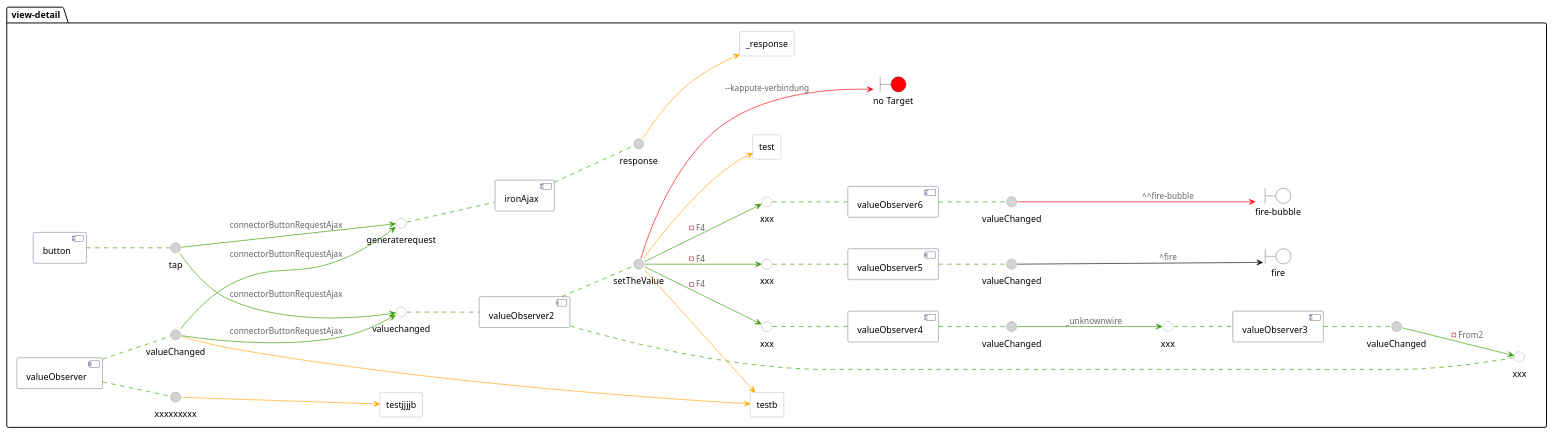
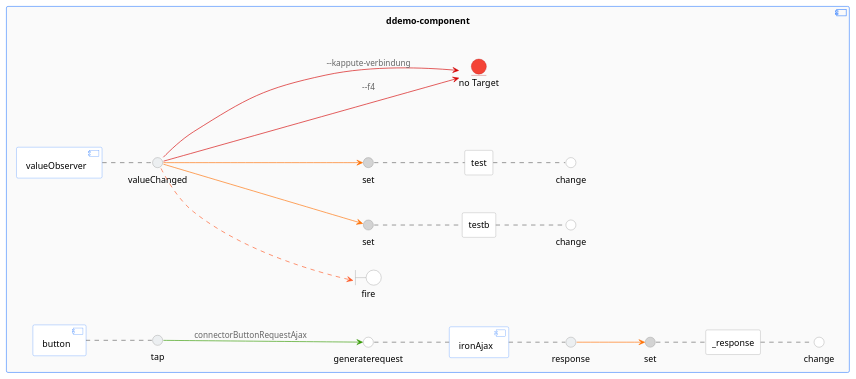
Before and after one commit to veith/flowbased-polymer: the diagram in demo.puml, drawn with PlantUML. The commit also changed 5 other files, not shown here.

```diff
--- a/demo.puml
+++ b/demo.puml
@@ -1,89 +1,62 @@
 @startuml
 left to right direction
+
  skinparam interface {
 backgroundColor lightgrey
 borderColor grey
 }
+skinparam boundary {
+backgroundColor lightgrey
+borderColor grey
+}
+skinparam entity {
+backgroundColor #f44336
+borderColor #b71c1c
+}
 skinparam component {
 ArrowColor #339900
 ArrowFontColor #666666
-borderColor #222255
+borderColor #448AFF
 }
 skinparam agent {
 ArrowFontColor #666666
 borderColor #999999
 }
-
-
-
-folder " view-detail " as root{
+component "ddemo-component" #FAFAFA{
 agent _response as valueelement_response #white
+interface set as interfaceValueelement_responseSet
+interface change as interfaceValueelement_responseChange #white
+interfaceValueelement_responseSet .. valueelement_response #616161
+valueelement_response .. interfaceValueelement_responseChange #616161
 component ironAjax #white
-agent testjjjjb as valueelementtestjjjjb #white
+boundary "fire" as fireFire #white
 component valueObserver #white
 agent testb as valueelementtestb #white
-component valueObserver2 #white
+interface set as interfaceValueelementtestbSet
+interface change as interfaceValueelementtestbChange #white
+interfaceValueelementtestbSet .. valueelementtestb #616161
+valueelementtestb .. interfaceValueelementtestbChange #616161
 agent test as valueelementtest #white
+interface set as interfaceValueelementtestSet
+interface change as interfaceValueelementtestChange #white
+interfaceValueelementtestSet .. valueelementtest #616161
+valueelementtest .. interfaceValueelementtestChange #616161
 component button #white
-component valueObserver4 #white
-component valueObserver5 #white
-component valueObserver6 #white
-component valueObserver3 #white
-boundary fire as fire #white
-boundary "fire-bubble" as fireBubble #white
-boundary "no Target" as XXXXXnirvanaXXXXX #red
-
 interface generaterequest as interfaceGeneraterequestironAjax  #white
-interfaceGeneraterequestironAjax .. ironAjax
-interface valuechanged as interfaceValuechangedvalueObserver2  #white
-interfaceValuechangedvalueObserver2 .. valueObserver2
-interface xxx as interfaceXxxvalueObserver4  #white
-interfaceXxxvalueObserver4 .. valueObserver4
-interface xxx as interfaceXxxvalueObserver5  #white
-interfaceXxxvalueObserver5 .. valueObserver5
-interface xxx as interfaceXxxvalueObserver6  #white
-interfaceXxxvalueObserver6 .. valueObserver6
-interface xxx as interfaceXxxvalueObserver2  #white
-interfaceXxxvalueObserver2 .. valueObserver2
-interface xxx as interfaceXxxvalueObserver3  #white
-interfaceXxxvalueObserver3 .. valueObserver3
-interface response as interfaceResponseironAjax #lightgray
-ironAjax .. interfaceResponseironAjax
-interfaceResponseironAjax --> valueelement_response #orange
-interface xxxxxxxxx as interfaceXxxxxxxxxvalueObserver #lightgray
-valueObserver .. interfaceXxxxxxxxxvalueObserver
-interfaceXxxxxxxxxvalueObserver --> valueelementtestjjjjb #orange
-interface valueChanged as interfaceValueChangedvalueObserver #lightgray
-valueObserver .. interfaceValueChangedvalueObserver
-interfaceValueChangedvalueObserver --> valueelementtestb #orange
-interface setTheValue as interfaceSetTheValuevalueObserver2 #lightgray
-valueObserver2 .. interfaceSetTheValuevalueObserver2
-interfaceSetTheValuevalueObserver2 --> valueelementtestb #orange
-interfaceSetTheValuevalueObserver2 --> valueelementtest #orange
-interface tap as interfaceTapbutton #lightgray
-button .. interfaceTapbutton
-
-interfaceSetTheValuevalueObserver2 --->  XXXXXnirvanaXXXXX  #red :--kappute-verbindung
-interface valueChanged as interfaceValueChangedvalueObserver3 #lightgray
-valueObserver3 .. interfaceValueChangedvalueObserver3
-interface valueChanged as interfaceValueChangedvalueObserver4 #lightgray
-valueObserver4 .. interfaceValueChangedvalueObserver4
-interface valueChanged as interfaceValueChangedvalueObserver5 #lightgray
-valueObserver5 .. interfaceValueChangedvalueObserver5
-interfaceValueChangedvalueObserver5  ---> fire   #black :^fire
-interface valueChanged as interfaceValueChangedvalueObserver6 #lightgray
-valueObserver6 .. interfaceValueChangedvalueObserver6
-interfaceValueChangedvalueObserver6  ---> fireBubble  #red :^^fire-bubble
+interfaceGeneraterequestironAjax .. ironAjax #616161
+interface response as interfaceResponseironAjax #ECEFF1
+ironAjax .. interfaceResponseironAjax #616161
+interfaceResponseironAjax --> interfaceValueelement_responseSet #FF6F00
+interface valueChanged as interfaceValueChangedvalueObserver #ECEFF1
+valueObserver .. interfaceValueChangedvalueObserver #616161
+interfaceValueChangedvalueObserver ..> fireFire #FF5722
+interfaceValueChangedvalueObserver --> interfaceValueelementtestbSet #FF6F00
+interfaceValueChangedvalueObserver --> interfaceValueelementtestSet #FF6F00
+interface tap as interfaceTapbutton #ECEFF1
+button .. interfaceTapbutton #616161
+entity "no Target" as XXXXXnirvanaXXXXX
+interfaceValueChangedvalueObserver --->  XXXXXnirvanaXXXXX  #d50000 :--f4
+interfaceValueChangedvalueObserver --->  XXXXXnirvanaXXXXX  #d50000 :--kappute-verbindung
 interfaceTapbutton --> interfaceGeneraterequestironAjax :connectorButtonRequestAjax
-interfaceTapbutton --> interfaceValuechangedvalueObserver2 :connectorButtonRequestAjax
-interfaceValueChangedvalueObserver --> interfaceGeneraterequestironAjax :connectorButtonRequestAjax
-interfaceValueChangedvalueObserver --> interfaceValuechangedvalueObserver2 :connectorButtonRequestAjax
-interfaceSetTheValuevalueObserver2 --> interfaceXxxvalueObserver4 :-F4
-interfaceSetTheValuevalueObserver2 --> interfaceXxxvalueObserver5 :-F4
-interfaceSetTheValuevalueObserver2 --> interfaceXxxvalueObserver6 :-F4
-interfaceValueChangedvalueObserver3 --> interfaceXxxvalueObserver2 :-From2
-interfaceValueChangedvalueObserver4 --> interfaceXxxvalueObserver3 :_unknownwire
-
 }
-
 @enduml
```
